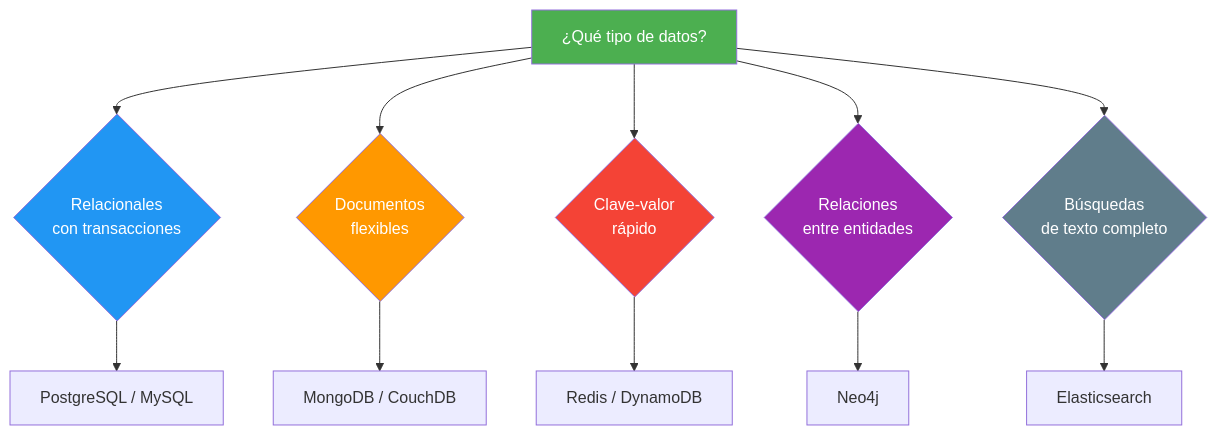
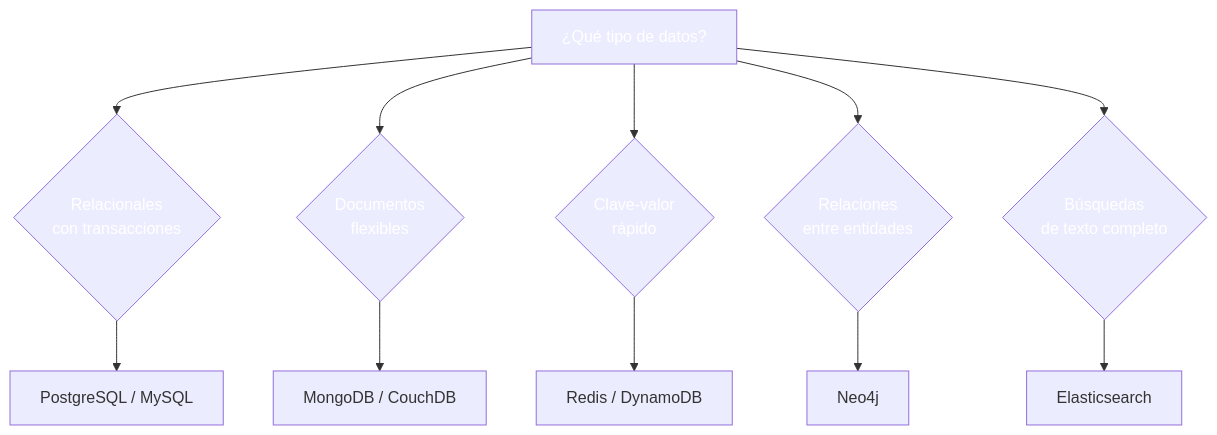
Before and after one commit to joseluisgs/DesarrolloWebEntornosServidor-01-2026-2027: diagram 13 of 14 in 21-sql-nosql.md, drawn with Mermaid. The commit also changed other lines of this file and 66 other files, not shown here.

First line of the commit message:
fix: normalizar titulos al castellano de frase y corregir la paleta de mermaid

````diff
--- a/21-sql-nosql.md
+++ b/21-sql-nosql.md
@@ -1462,21 +1462,21 @@
 ```mermaid
 graph TD
     A["¿Qué tipo de datos?"] --> B{"Relacionales<br/>con transacciones"}
     A --> C{"Documentos<br/>flexibles"}
     A --> D{"Clave-valor<br/>rápido"}
     A --> E{"Relaciones<br/>entre entidades"}
     A --> F{"Búsquedas<br/>de texto completo"}
 
     B --> B1["PostgreSQL / MySQL"]
     C --> C1["MongoDB / CouchDB"]
     D --> D1["Redis / DynamoDB"]
     E --> E1["Neo4j"]
     F --> F1["Elasticsearch"]
 
-    style A fill:#4CAF50,color:#fff
-    style B fill:#2196F3,color:#fff
-    style C fill:#FF9800,color:#fff
-    style D fill:#f44336,color:#fff
-    style E fill:#9C27B0,color:#fff
-    style F fill:#607D8B,color:#fff
+    style A fill:#4CAF5,color:#fff0,color:#fff
+    style B fill:#2196F,color:#fff3,color:#fff
+    style C fill:#FF980,color:#fff0,color:#fff
+    style D fill:#f4433,color:#fff6,color:#fff
+    style E fill:#9C27B,color:#fff0,color:#fff
+    style F fill:#607D8,color:#fffB,color:#fff
 ```
````
